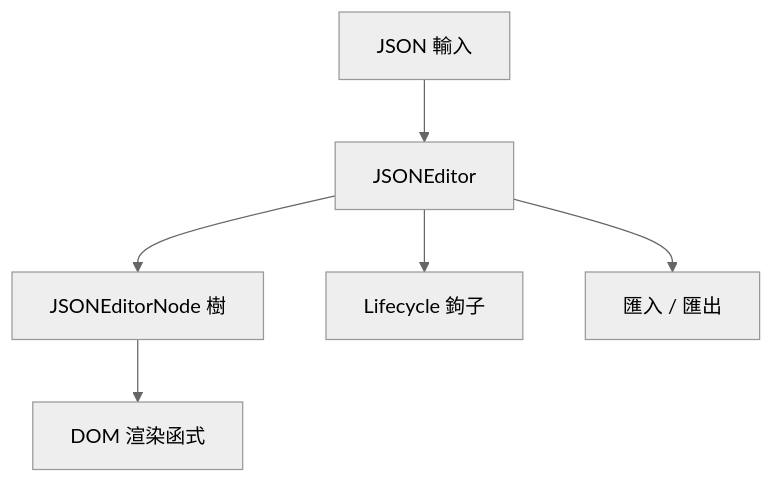
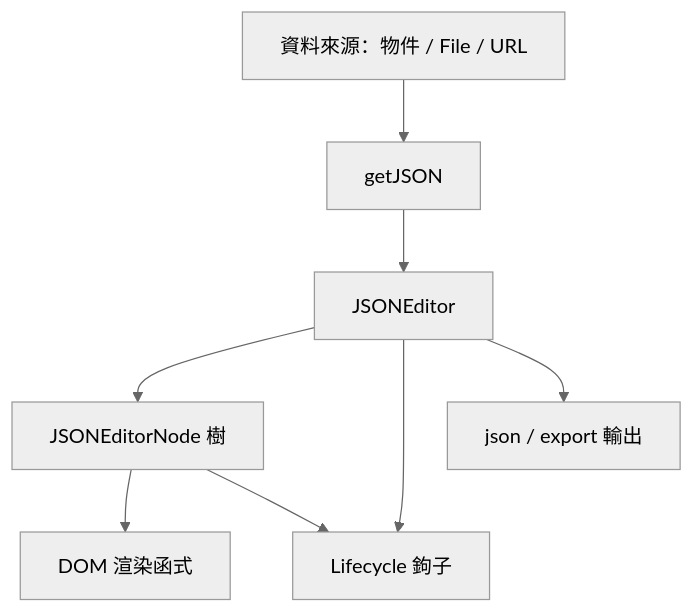
The diagram in doc/README.zh.md (pardnchiu/NanoJSON), drawn with Mermaid (neutral theme) before and after one commit. The commit also changed other lines of this file and 8 other files, not shown here.

Commit message:
doc: Regenerate bilingual README, docs, and architecture per latest skill spec

````diff
--- a/doc/README.zh.md
+++ b/doc/README.zh.md
@@ -53,8 +41,10 @@
 ```mermaid
 graph TB
-    A[JSON 輸入] --> B[JSONEditor]
-    B --> C[JSONEditorNode 樹]
-    C --> D[DOM 渲染函式]
-    B --> E[Lifecycle 鉤子]
-    B --> F[匯入 / 匯出]
+    A[資料來源：物件 / File / URL] --> B[getJSON]
+    B --> C[JSONEditor]
+    C --> D[JSONEditorNode 樹]
+    D --> E[DOM 渲染函式]
+    C --> F[Lifecycle 鉤子]
+    D --> F
+    C --> G[json / export 輸出]
 ```
````
